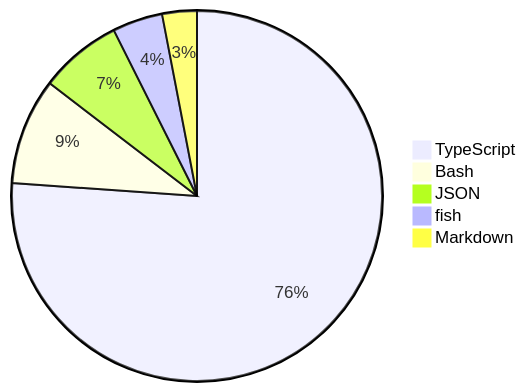
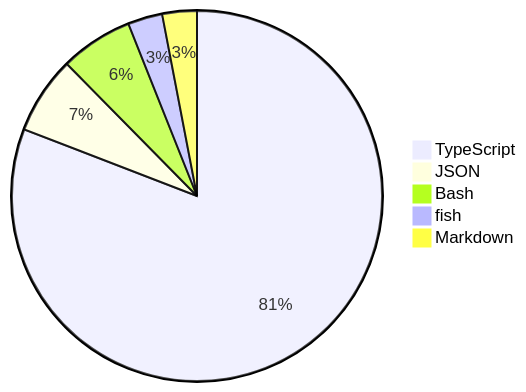
The diagram in README.md (skvggor/skvggor), drawn with Mermaid before and after one commit.

Commit message:
Updated waka-readme graph with new metrics

````diff
--- a/README.md
+++ b/README.md
@@ -28,8 +28,8 @@
 ```mermaid
 pie
-    "TypeScript" : 73.0
-    "Bash" : 8.9
-    "JSON" : 6.9
-    "fish" : 4.2
+    "TypeScript" : 77.7
+    "JSON" : 6.5
+    "Bash" : 6.1
+    "fish" : 2.9
     "Markdown" : 2.9
 ```
````
